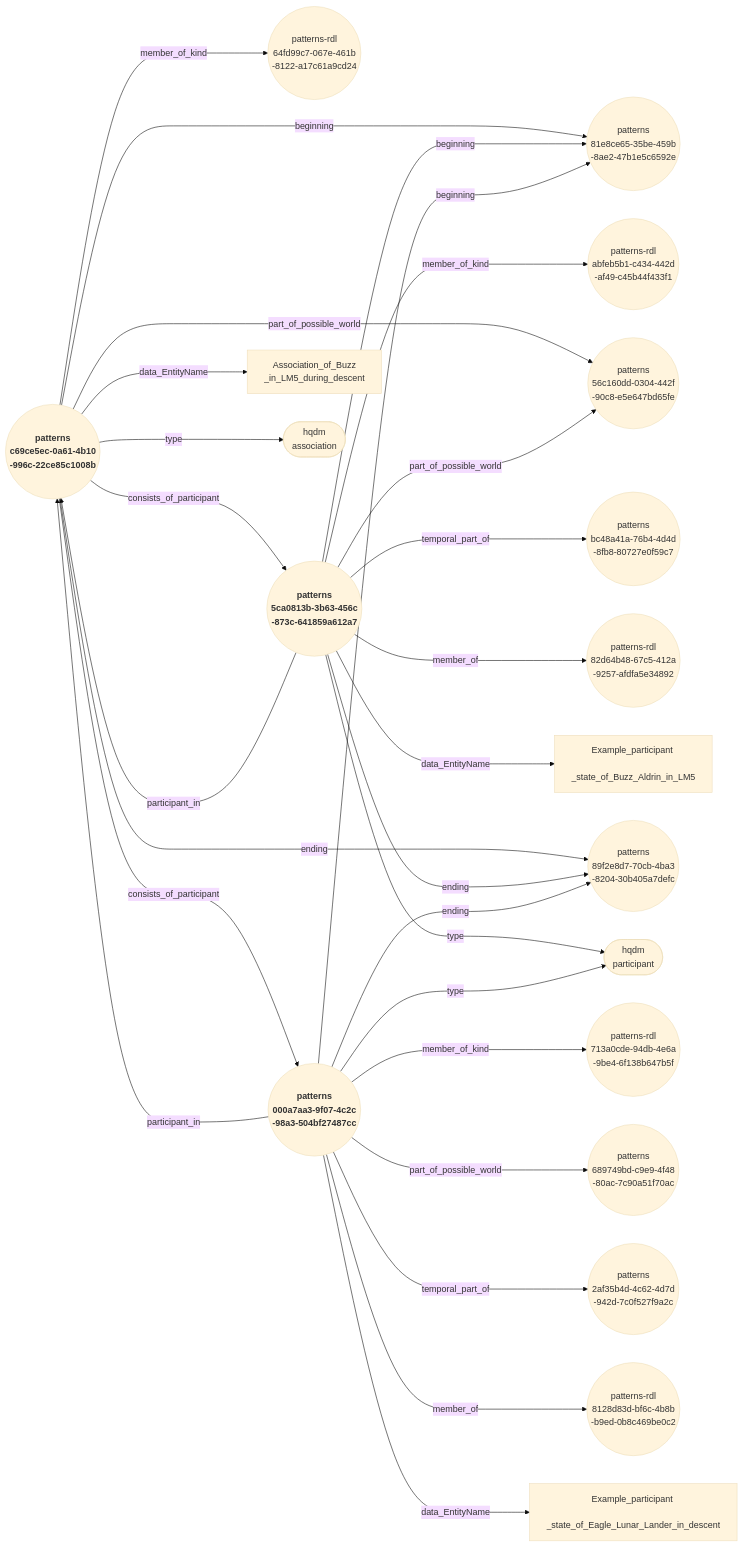
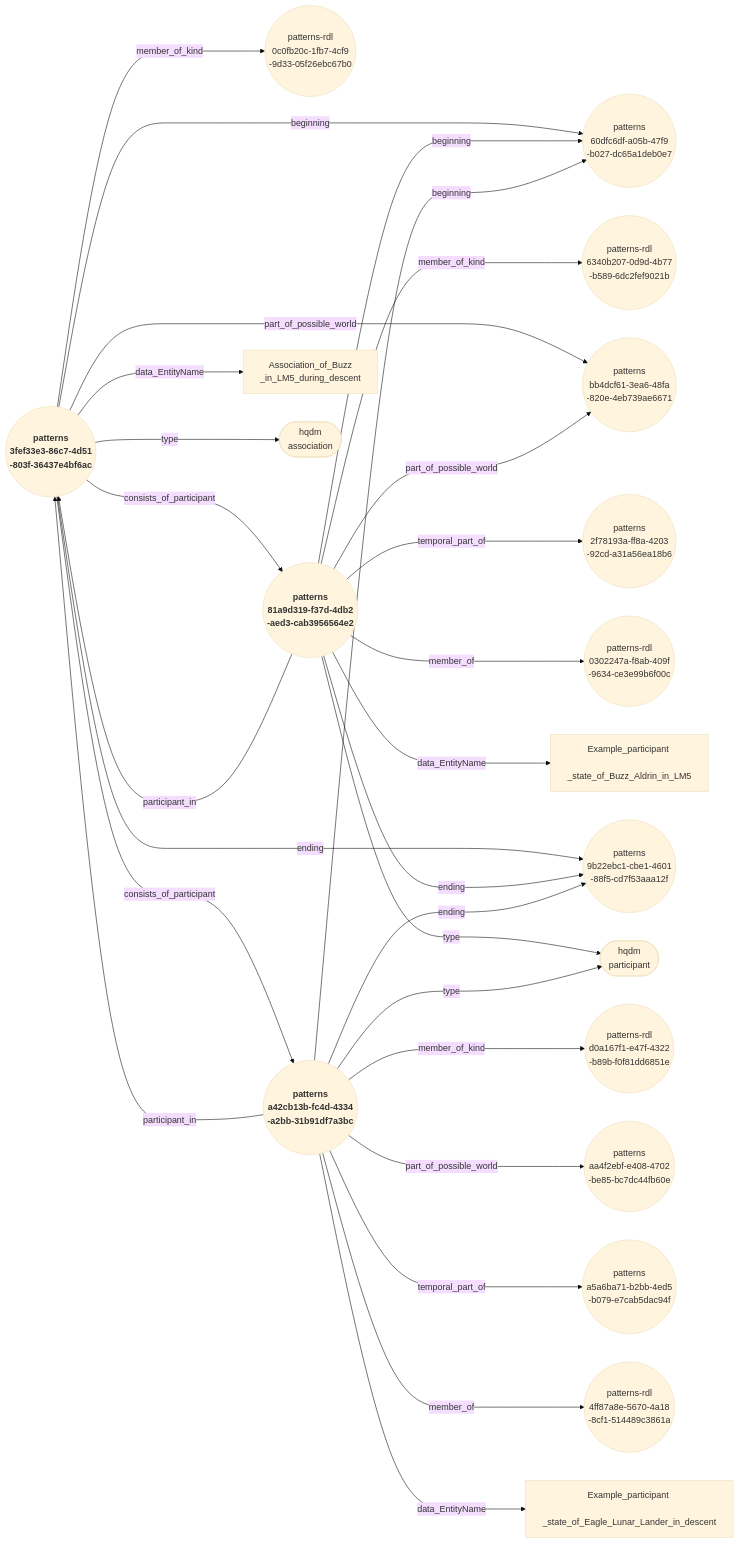
One commit to ClimbingAl/HqdmPatterns changed the diagram in docs/extras/example-files/buzzInLM5AssociationAndParticipantsNodeEdgeGraph.mermaid. Above: the diagram before and after it, drawn with Mermaid (base theme). The commit also changed 56 other files, not shown here.

````diff
--- a/docs/extras/example-files/buzzInLM5AssociationAndParticipantsNodeEdgeGraph.mermaid
+++ b/docs/extras/example-files/buzzInLM5AssociationAndParticipantsNodeEdgeGraph.mermaid
@@ -1,29 +1,29 @@
 ``` mermaid
 graph LR
-  c69ce5ec-0a61-4b10-996c-22ce85c1008b(("<b> patterns <br> c69ce5ec-0a61-4b10 <br> -996c-22ce85c1008b"))--->|"beginning"|81e8ce65-35be-459b-8ae2-47b1e5c6592e(("patterns <br> 81e8ce65-35be-459b <br> -8ae2-47b1e5c6592e"));
-  c69ce5ec-0a61-4b10-996c-22ce85c1008b(("<b> patterns <br> c69ce5ec-0a61-4b10 <br> -996c-22ce85c1008b"))--->|"member_of_kind"|64fd99c7-067e-461b-8122-a17c61a9cd24(("patterns-rdl <br> 64fd99c7-067e-461b <br> -8122-a17c61a9cd24"));
-  c69ce5ec-0a61-4b10-996c-22ce85c1008b(("<b> patterns <br> c69ce5ec-0a61-4b10 <br> -996c-22ce85c1008b"))--->|"consists_of_participant"|5ca0813b-3b63-456c-873c-641859a612a7(("<b> patterns <br> 5ca0813b-3b63-456c <br> -873c-641859a612a7"));
-  c69ce5ec-0a61-4b10-996c-22ce85c1008b(("<b> patterns <br> c69ce5ec-0a61-4b10 <br> -996c-22ce85c1008b"))--->|"consists_of_participant"|000a7aa3-9f07-4c2c-98a3-504bf27487cc(("<b> patterns <br> 000a7aa3-9f07-4c2c <br> -98a3-504bf27487cc"));
-  c69ce5ec-0a61-4b10-996c-22ce85c1008b(("<b> patterns <br> c69ce5ec-0a61-4b10 <br> -996c-22ce85c1008b"))--->|"part_of_possible_world"|56c160dd-0304-442f-90c8-e5e647bd65fe(("patterns <br> 56c160dd-0304-442f <br> -90c8-e5e647bd65fe"));
-  c69ce5ec-0a61-4b10-996c-22ce85c1008b(("<b> patterns <br> c69ce5ec-0a61-4b10 <br> -996c-22ce85c1008b"))--->|"data_EntityName"|Association_of_Buzz_in_LM5_during_descent["Association_of_Buzz <br> _in_LM5_during_descent"];
-  c69ce5ec-0a61-4b10-996c-22ce85c1008b(("<b> patterns <br> c69ce5ec-0a61-4b10 <br> -996c-22ce85c1008b"))--->|"ending"|89f2e8d7-70cb-4ba3-8204-30b405a7defc(("patterns <br> 89f2e8d7-70cb-4ba3 <br> -8204-30b405a7defc"));
-  c69ce5ec-0a61-4b10-996c-22ce85c1008b(("<b> patterns <br> c69ce5ec-0a61-4b10 <br> -996c-22ce85c1008b"))--->|"type"|association(["hqdm <br> association"]);
-  5ca0813b-3b63-456c-873c-641859a612a7(("<b> patterns <br> 5ca0813b-3b63-456c <br> -873c-641859a612a7"))--->|"beginning"|81e8ce65-35be-459b-8ae2-47b1e5c6592e(("patterns <br> 81e8ce65-35be-459b <br> -8ae2-47b1e5c6592e"));
-  5ca0813b-3b63-456c-873c-641859a612a7(("<b> patterns <br> 5ca0813b-3b63-456c <br> -873c-641859a612a7"))--->|"member_of_kind"|abfeb5b1-c434-442d-af49-c45b44f433f1(("patterns-rdl <br> abfeb5b1-c434-442d <br> -af49-c45b44f433f1"));
-  5ca0813b-3b63-456c-873c-641859a612a7(("<b> patterns <br> 5ca0813b-3b63-456c <br> -873c-641859a612a7"))--->|"part_of_possible_world"|56c160dd-0304-442f-90c8-e5e647bd65fe(("patterns <br> 56c160dd-0304-442f <br> -90c8-e5e647bd65fe"));
-  5ca0813b-3b63-456c-873c-641859a612a7(("<b> patterns <br> 5ca0813b-3b63-456c <br> -873c-641859a612a7"))--->|"participant_in"|c69ce5ec-0a61-4b10-996c-22ce85c1008b(("<b> patterns <br> c69ce5ec-0a61-4b10 <br> -996c-22ce85c1008b"));
-  5ca0813b-3b63-456c-873c-641859a612a7(("<b> patterns <br> 5ca0813b-3b63-456c <br> -873c-641859a612a7"))--->|"temporal_part_of"|bc48a41a-76b4-4d4d-8fb8-80727e0f59c7(("patterns <br> bc48a41a-76b4-4d4d <br> -8fb8-80727e0f59c7"));
-  5ca0813b-3b63-456c-873c-641859a612a7(("<b> patterns <br> 5ca0813b-3b63-456c <br> -873c-641859a612a7"))--->|"member_of"|82d64b48-67c5-412a-9257-afdfa5e34892(("patterns-rdl <br> 82d64b48-67c5-412a <br> -9257-afdfa5e34892"));
-  5ca0813b-3b63-456c-873c-641859a612a7(("<b> patterns <br> 5ca0813b-3b63-456c <br> -873c-641859a612a7"))--->|"data_EntityName"|Example_participant_state_of_Buzz_Aldrin_in_LM5["Example_participant <br> _state_of_Buzz_Aldrin_in_LM5"];
-  5ca0813b-3b63-456c-873c-641859a612a7(("<b> patterns <br> 5ca0813b-3b63-456c <br> -873c-641859a612a7"))--->|"ending"|89f2e8d7-70cb-4ba3-8204-30b405a7defc(("patterns <br> 89f2e8d7-70cb-4ba3 <br> -8204-30b405a7defc"));
-  5ca0813b-3b63-456c-873c-641859a612a7(("<b> patterns <br> 5ca0813b-3b63-456c <br> -873c-641859a612a7"))--->|"type"|participant(["hqdm <br> participant"]);
-  000a7aa3-9f07-4c2c-98a3-504bf27487cc(("<b> patterns <br> 000a7aa3-9f07-4c2c <br> -98a3-504bf27487cc"))--->|"beginning"|81e8ce65-35be-459b-8ae2-47b1e5c6592e(("patterns <br> 81e8ce65-35be-459b <br> -8ae2-47b1e5c6592e"));
-  000a7aa3-9f07-4c2c-98a3-504bf27487cc(("<b> patterns <br> 000a7aa3-9f07-4c2c <br> -98a3-504bf27487cc"))--->|"member_of_kind"|713a0cde-94db-4e6a-9be4-6f138b647b5f(("patterns-rdl <br> 713a0cde-94db-4e6a <br> -9be4-6f138b647b5f"));
-  000a7aa3-9f07-4c2c-98a3-504bf27487cc(("<b> patterns <br> 000a7aa3-9f07-4c2c <br> -98a3-504bf27487cc"))--->|"part_of_possible_world"|689749bd-c9e9-4f48-80ac-7c90a51f70ac(("patterns <br> 689749bd-c9e9-4f48 <br> -80ac-7c90a51f70ac"));
-  000a7aa3-9f07-4c2c-98a3-504bf27487cc(("<b> patterns <br> 000a7aa3-9f07-4c2c <br> -98a3-504bf27487cc"))--->|"participant_in"|c69ce5ec-0a61-4b10-996c-22ce85c1008b(("<b> patterns <br> c69ce5ec-0a61-4b10 <br> -996c-22ce85c1008b"));
-  000a7aa3-9f07-4c2c-98a3-504bf27487cc(("<b> patterns <br> 000a7aa3-9f07-4c2c <br> -98a3-504bf27487cc"))--->|"temporal_part_of"|2af35b4d-4c62-4d7d-942d-7c0f527f9a2c(("patterns <br> 2af35b4d-4c62-4d7d <br> -942d-7c0f527f9a2c"));
-  000a7aa3-9f07-4c2c-98a3-504bf27487cc(("<b> patterns <br> 000a7aa3-9f07-4c2c <br> -98a3-504bf27487cc"))--->|"member_of"|8128d83d-bf6c-4b8b-b9ed-0b8c469be0c2(("patterns-rdl <br> 8128d83d-bf6c-4b8b <br> -b9ed-0b8c469be0c2"));
-  000a7aa3-9f07-4c2c-98a3-504bf27487cc(("<b> patterns <br> 000a7aa3-9f07-4c2c <br> -98a3-504bf27487cc"))--->|"data_EntityName"|Example_participant_state_of_Eagle_Lunar_Lander_in_descent["Example_participant <br> _state_of_Eagle_Lunar_Lander_in_descent"];
-  000a7aa3-9f07-4c2c-98a3-504bf27487cc(("<b> patterns <br> 000a7aa3-9f07-4c2c <br> -98a3-504bf27487cc"))--->|"ending"|89f2e8d7-70cb-4ba3-8204-30b405a7defc(("patterns <br> 89f2e8d7-70cb-4ba3 <br> -8204-30b405a7defc"));
-  000a7aa3-9f07-4c2c-98a3-504bf27487cc(("<b> patterns <br> 000a7aa3-9f07-4c2c <br> -98a3-504bf27487cc"))--->|"type"|participant(["hqdm <br> participant"]);
+  3fef33e3-86c7-4d51-803f-36437e4bf6ac(("<b> patterns <br> 3fef33e3-86c7-4d51 <br> -803f-36437e4bf6ac"))--->|"beginning"|60dfc6df-a05b-47f9-b027-dc65a1deb0e7(("patterns <br> 60dfc6df-a05b-47f9 <br> -b027-dc65a1deb0e7"));
+  3fef33e3-86c7-4d51-803f-36437e4bf6ac(("<b> patterns <br> 3fef33e3-86c7-4d51 <br> -803f-36437e4bf6ac"))--->|"member_of_kind"|0c0fb20c-1fb7-4cf9-9d33-05f26ebc67b0(("patterns-rdl <br> 0c0fb20c-1fb7-4cf9 <br> -9d33-05f26ebc67b0"));
+  3fef33e3-86c7-4d51-803f-36437e4bf6ac(("<b> patterns <br> 3fef33e3-86c7-4d51 <br> -803f-36437e4bf6ac"))--->|"consists_of_participant"|81a9d319-f37d-4db2-aed3-cab3956564e2(("<b> patterns <br> 81a9d319-f37d-4db2 <br> -aed3-cab3956564e2"));
+  3fef33e3-86c7-4d51-803f-36437e4bf6ac(("<b> patterns <br> 3fef33e3-86c7-4d51 <br> -803f-36437e4bf6ac"))--->|"consists_of_participant"|a42cb13b-fc4d-4334-a2bb-31b91df7a3bc(("<b> patterns <br> a42cb13b-fc4d-4334 <br> -a2bb-31b91df7a3bc"));
+  3fef33e3-86c7-4d51-803f-36437e4bf6ac(("<b> patterns <br> 3fef33e3-86c7-4d51 <br> -803f-36437e4bf6ac"))--->|"part_of_possible_world"|bb4dcf61-3ea6-48fa-820e-4eb739ae6671(("patterns <br> bb4dcf61-3ea6-48fa <br> -820e-4eb739ae6671"));
+  3fef33e3-86c7-4d51-803f-36437e4bf6ac(("<b> patterns <br> 3fef33e3-86c7-4d51 <br> -803f-36437e4bf6ac"))--->|"data_EntityName"|Association_of_Buzz_in_LM5_during_descent["Association_of_Buzz <br> _in_LM5_during_descent"];
+  3fef33e3-86c7-4d51-803f-36437e4bf6ac(("<b> patterns <br> 3fef33e3-86c7-4d51 <br> -803f-36437e4bf6ac"))--->|"ending"|9b22ebc1-cbe1-4601-88f5-cd7f53aaa12f(("patterns <br> 9b22ebc1-cbe1-4601 <br> -88f5-cd7f53aaa12f"));
+  3fef33e3-86c7-4d51-803f-36437e4bf6ac(("<b> patterns <br> 3fef33e3-86c7-4d51 <br> -803f-36437e4bf6ac"))--->|"type"|association(["hqdm <br> association"]);
+  81a9d319-f37d-4db2-aed3-cab3956564e2(("<b> patterns <br> 81a9d319-f37d-4db2 <br> -aed3-cab3956564e2"))--->|"beginning"|60dfc6df-a05b-47f9-b027-dc65a1deb0e7(("patterns <br> 60dfc6df-a05b-47f9 <br> -b027-dc65a1deb0e7"));
+  81a9d319-f37d-4db2-aed3-cab3956564e2(("<b> patterns <br> 81a9d319-f37d-4db2 <br> -aed3-cab3956564e2"))--->|"member_of_kind"|6340b207-0d9d-4b77-b589-6dc2fef9021b(("patterns-rdl <br> 6340b207-0d9d-4b77 <br> -b589-6dc2fef9021b"));
+  81a9d319-f37d-4db2-aed3-cab3956564e2(("<b> patterns <br> 81a9d319-f37d-4db2 <br> -aed3-cab3956564e2"))--->|"part_of_possible_world"|bb4dcf61-3ea6-48fa-820e-4eb739ae6671(("patterns <br> bb4dcf61-3ea6-48fa <br> -820e-4eb739ae6671"));
+  81a9d319-f37d-4db2-aed3-cab3956564e2(("<b> patterns <br> 81a9d319-f37d-4db2 <br> -aed3-cab3956564e2"))--->|"participant_in"|3fef33e3-86c7-4d51-803f-36437e4bf6ac(("<b> patterns <br> 3fef33e3-86c7-4d51 <br> -803f-36437e4bf6ac"));
+  81a9d319-f37d-4db2-aed3-cab3956564e2(("<b> patterns <br> 81a9d319-f37d-4db2 <br> -aed3-cab3956564e2"))--->|"temporal_part_of"|2f78193a-ff8a-4203-92cd-a31a56ea18b6(("patterns <br> 2f78193a-ff8a-4203 <br> -92cd-a31a56ea18b6"));
+  81a9d319-f37d-4db2-aed3-cab3956564e2(("<b> patterns <br> 81a9d319-f37d-4db2 <br> -aed3-cab3956564e2"))--->|"member_of"|0302247a-f8ab-409f-9634-ce3e99b6f00c(("patterns-rdl <br> 0302247a-f8ab-409f <br> -9634-ce3e99b6f00c"));
+  81a9d319-f37d-4db2-aed3-cab3956564e2(("<b> patterns <br> 81a9d319-f37d-4db2 <br> -aed3-cab3956564e2"))--->|"data_EntityName"|Example_participant_state_of_Buzz_Aldrin_in_LM5["Example_participant <br> _state_of_Buzz_Aldrin_in_LM5"];
+  81a9d319-f37d-4db2-aed3-cab3956564e2(("<b> patterns <br> 81a9d319-f37d-4db2 <br> -aed3-cab3956564e2"))--->|"ending"|9b22ebc1-cbe1-4601-88f5-cd7f53aaa12f(("patterns <br> 9b22ebc1-cbe1-4601 <br> -88f5-cd7f53aaa12f"));
+  81a9d319-f37d-4db2-aed3-cab3956564e2(("<b> patterns <br> 81a9d319-f37d-4db2 <br> -aed3-cab3956564e2"))--->|"type"|participant(["hqdm <br> participant"]);
+  a42cb13b-fc4d-4334-a2bb-31b91df7a3bc(("<b> patterns <br> a42cb13b-fc4d-4334 <br> -a2bb-31b91df7a3bc"))--->|"beginning"|60dfc6df-a05b-47f9-b027-dc65a1deb0e7(("patterns <br> 60dfc6df-a05b-47f9 <br> -b027-dc65a1deb0e7"));
+  a42cb13b-fc4d-4334-a2bb-31b91df7a3bc(("<b> patterns <br> a42cb13b-fc4d-4334 <br> -a2bb-31b91df7a3bc"))--->|"member_of_kind"|d0a167f1-e47f-4322-b89b-f0f81dd6851e(("patterns-rdl <br> d0a167f1-e47f-4322 <br> -b89b-f0f81dd6851e"));
+  a42cb13b-fc4d-4334-a2bb-31b91df7a3bc(("<b> patterns <br> a42cb13b-fc4d-4334 <br> -a2bb-31b91df7a3bc"))--->|"part_of_possible_world"|aa4f2ebf-e408-4702-be85-bc7dc44fb60e(("patterns <br> aa4f2ebf-e408-4702 <br> -be85-bc7dc44fb60e"));
+  a42cb13b-fc4d-4334-a2bb-31b91df7a3bc(("<b> patterns <br> a42cb13b-fc4d-4334 <br> -a2bb-31b91df7a3bc"))--->|"participant_in"|3fef33e3-86c7-4d51-803f-36437e4bf6ac(("<b> patterns <br> 3fef33e3-86c7-4d51 <br> -803f-36437e4bf6ac"));
+  a42cb13b-fc4d-4334-a2bb-31b91df7a3bc(("<b> patterns <br> a42cb13b-fc4d-4334 <br> -a2bb-31b91df7a3bc"))--->|"temporal_part_of"|a5a6ba71-b2bb-4ed5-b079-e7cab5dac94f(("patterns <br> a5a6ba71-b2bb-4ed5 <br> -b079-e7cab5dac94f"));
+  a42cb13b-fc4d-4334-a2bb-31b91df7a3bc(("<b> patterns <br> a42cb13b-fc4d-4334 <br> -a2bb-31b91df7a3bc"))--->|"member_of"|4ff87a8e-5670-4a18-8cf1-514489c3861a(("patterns-rdl <br> 4ff87a8e-5670-4a18 <br> -8cf1-514489c3861a"));
+  a42cb13b-fc4d-4334-a2bb-31b91df7a3bc(("<b> patterns <br> a42cb13b-fc4d-4334 <br> -a2bb-31b91df7a3bc"))--->|"data_EntityName"|Example_participant_state_of_Eagle_Lunar_Lander_in_descent["Example_participant <br> _state_of_Eagle_Lunar_Lander_in_descent"];
+  a42cb13b-fc4d-4334-a2bb-31b91df7a3bc(("<b> patterns <br> a42cb13b-fc4d-4334 <br> -a2bb-31b91df7a3bc"))--->|"ending"|9b22ebc1-cbe1-4601-88f5-cd7f53aaa12f(("patterns <br> 9b22ebc1-cbe1-4601 <br> -88f5-cd7f53aaa12f"));
+  a42cb13b-fc4d-4334-a2bb-31b91df7a3bc(("<b> patterns <br> a42cb13b-fc4d-4334 <br> -a2bb-31b91df7a3bc"))--->|"type"|participant(["hqdm <br> participant"]);
 ```
````
